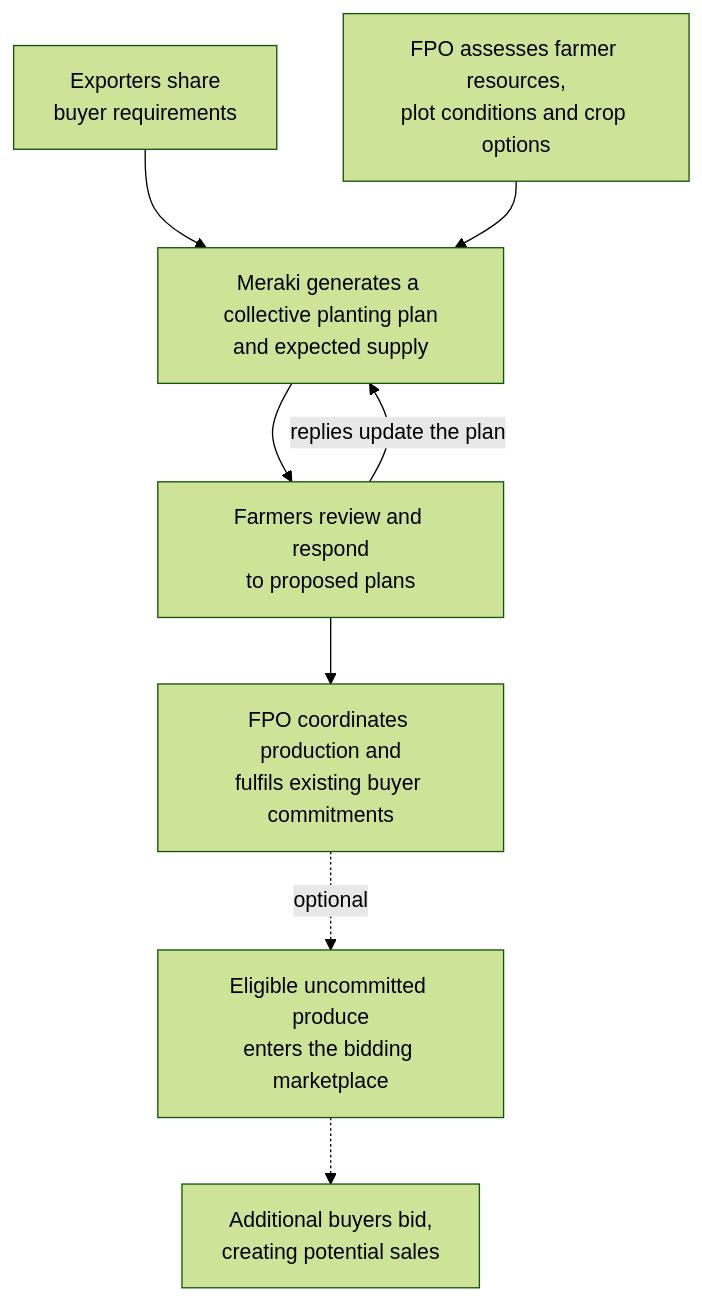
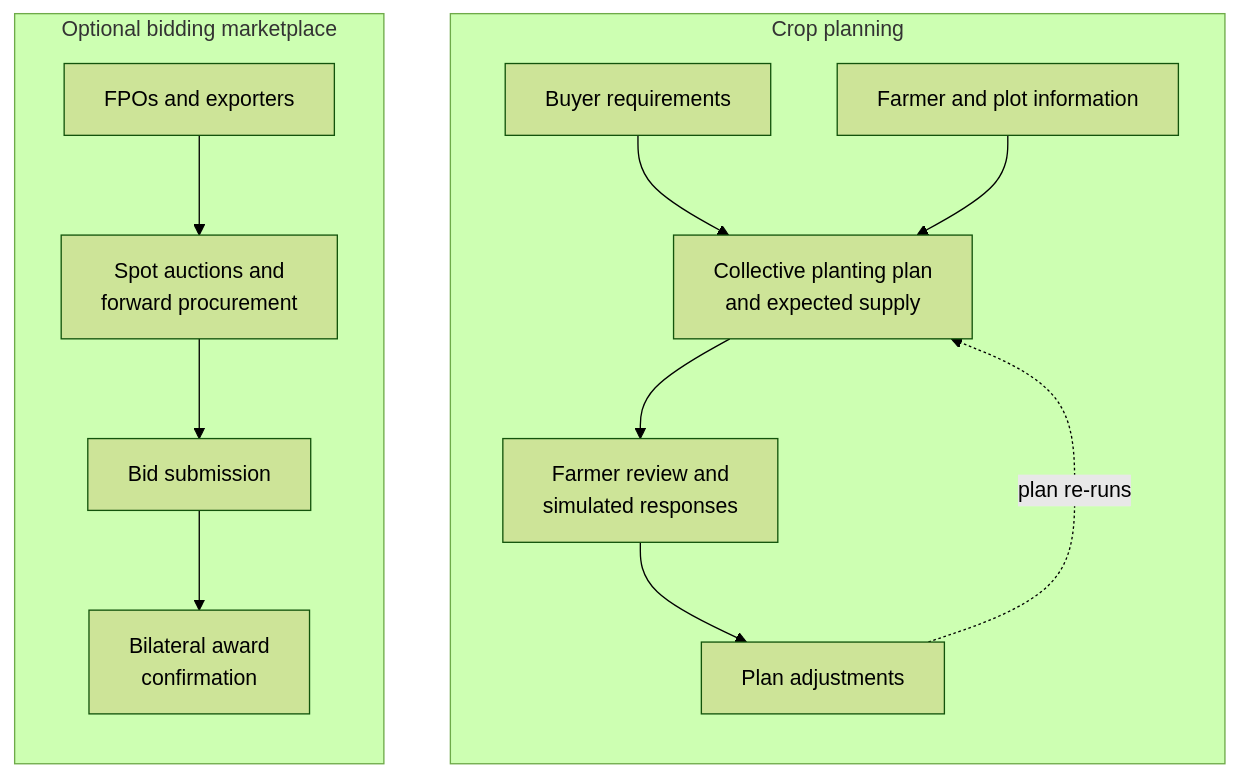
One commit to jyoti430/Meraki changed the diagram in README.md. Above: the diagram before and after it, drawn with Mermaid (forest theme). The commit also changed other lines of this file and 3 other files, not shown here.

````diff
--- a/README.md
+++ b/README.md
@@ -31,10 +31,17 @@
 ```mermaid
-flowchart TD
-    A["Exporters share<br/>buyer requirements"] --> C
-    B["FPO assesses farmer resources,<br/>plot conditions and crop options"] --> C
-    C["Meraki generates a collective planting plan<br/>and expected supply"] --> D
-    D["Farmers review and respond<br/>to proposed plans"] -->|"replies update the plan"| C
-    D --> E["FPO coordinates production and<br/>fulfils existing buyer commitments"]
-    E -.->|"optional"| F["Eligible uncommitted produce<br/>enters the bidding marketplace"]
-    F -.-> G["Additional buyers bid,<br/>creating potential sales"]
+flowchart TB
+    subgraph planning["Crop planning"]
+        direction TB
+        P1["Buyer requirements"] --> P3
+        P2["Farmer and plot information"] --> P3
+        P3["Collective planting plan<br/>and expected supply"] --> P4["Farmer review and<br/>simulated responses"]
+        P4 --> P5["Plan adjustments"]
+        P5 -.->|"plan re-runs"| P3
+    end
+    subgraph market["Optional bidding marketplace"]
+        direction TB
+        M1["FPOs and exporters"] --> M2["Spot auctions and<br/>forward procurement"]
+        M2 --> M3["Bid submission"]
+        M3 --> M4["Bilateral award<br/>confirmation"]
+    end
 ```
````
